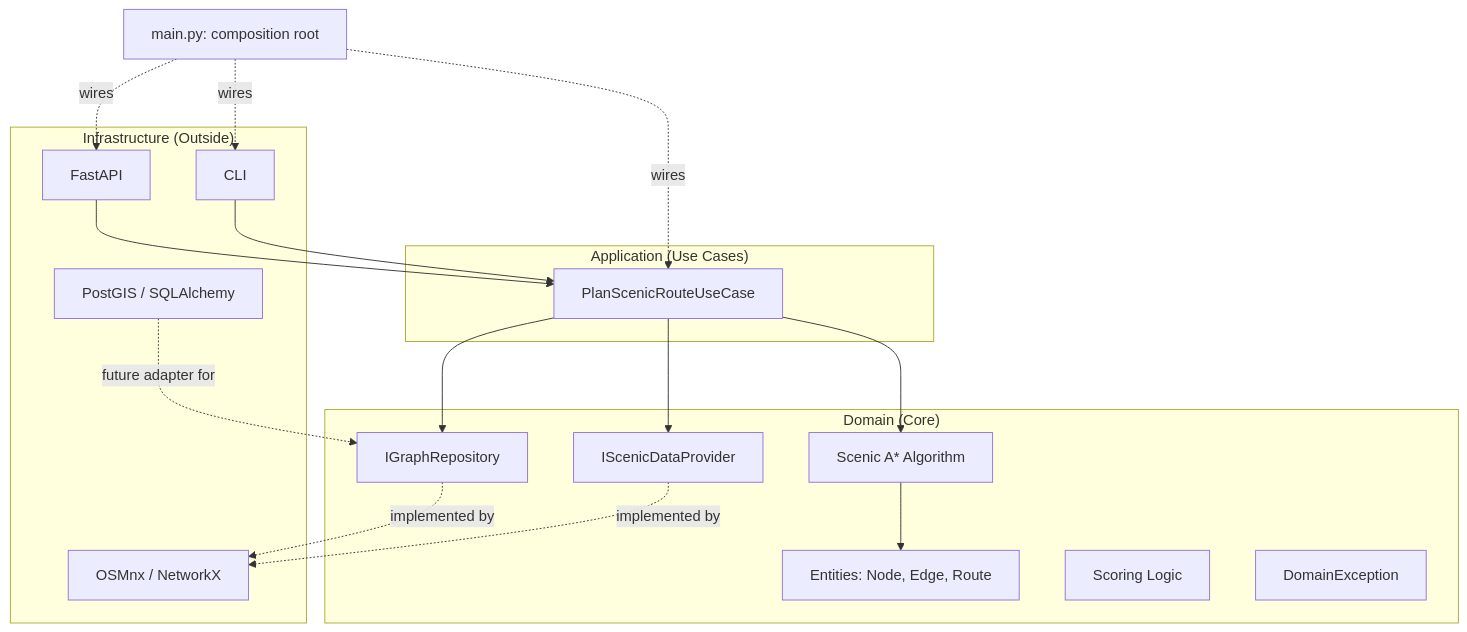
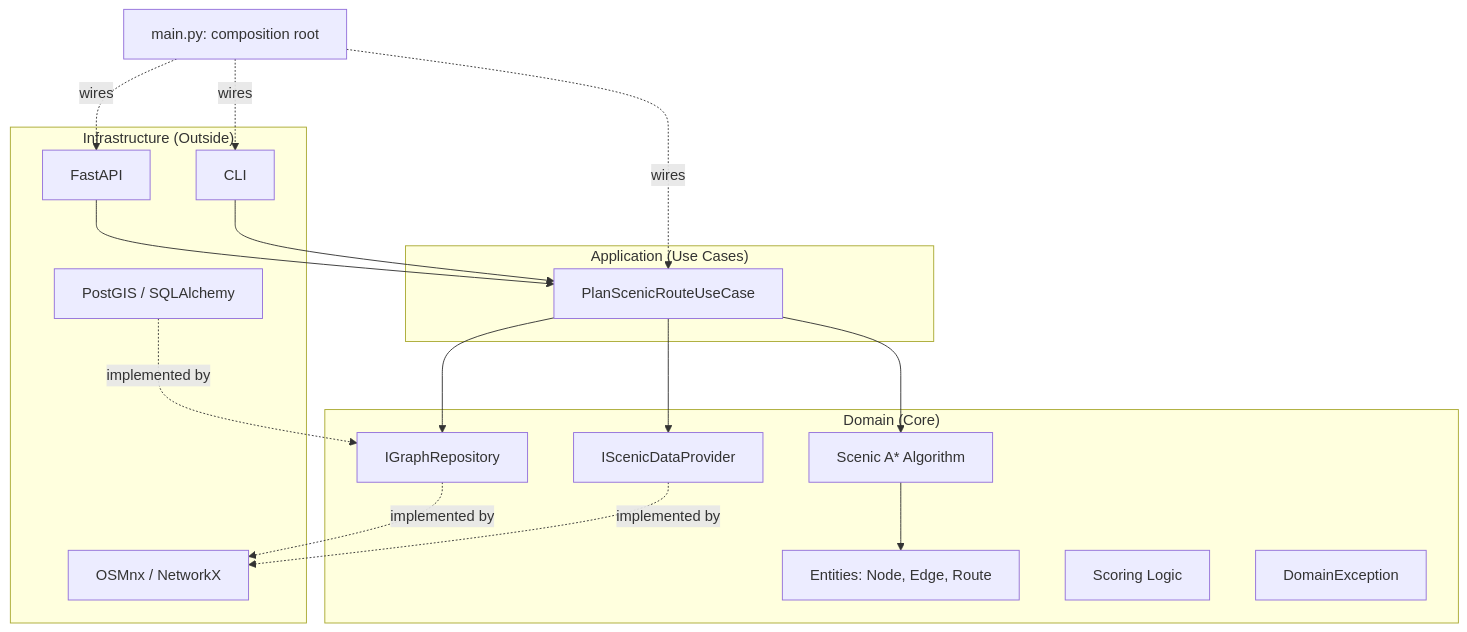
The diagram in README.md (victoriaghoos/yorimichi), drawn with Mermaid before and after one commit. The commit also changed other lines of this file, not shown here.

````diff
--- a/README.md
+++ b/README.md
@@ -91,32 +91,32 @@
 ```mermaid
 graph TD
     subgraph Infrastructure["Infrastructure (Outside)"]
         A1[FastAPI]
         A2[CLI]
         B[PostGIS / SQLAlchemy]
         C[OSMnx / NetworkX]
     end
     subgraph Application["Application (Use Cases)"]
         D[PlanScenicRouteUseCase]
     end
     subgraph Domain["Domain (Core)"]
         E[IGraphRepository]
         F[IScenicDataProvider]
         G[Scenic A* Algorithm]
         H[Entities: Node, Edge, Route]
         I[Scoring Logic]
         J[DomainException]
     end
     MAIN[main.py: composition root] -.wires.-> A1
     MAIN -.wires.-> A2
     MAIN -.wires.-> D
     A1 --> D
     A2 --> D
     D --> G
     D --> E
     D --> F
     G --> H
     E -.implemented by.-> C
     F -.implemented by.-> C
-    B -.future adapter for.-> E
+    B -.implemented by.-> E
 ```
````
